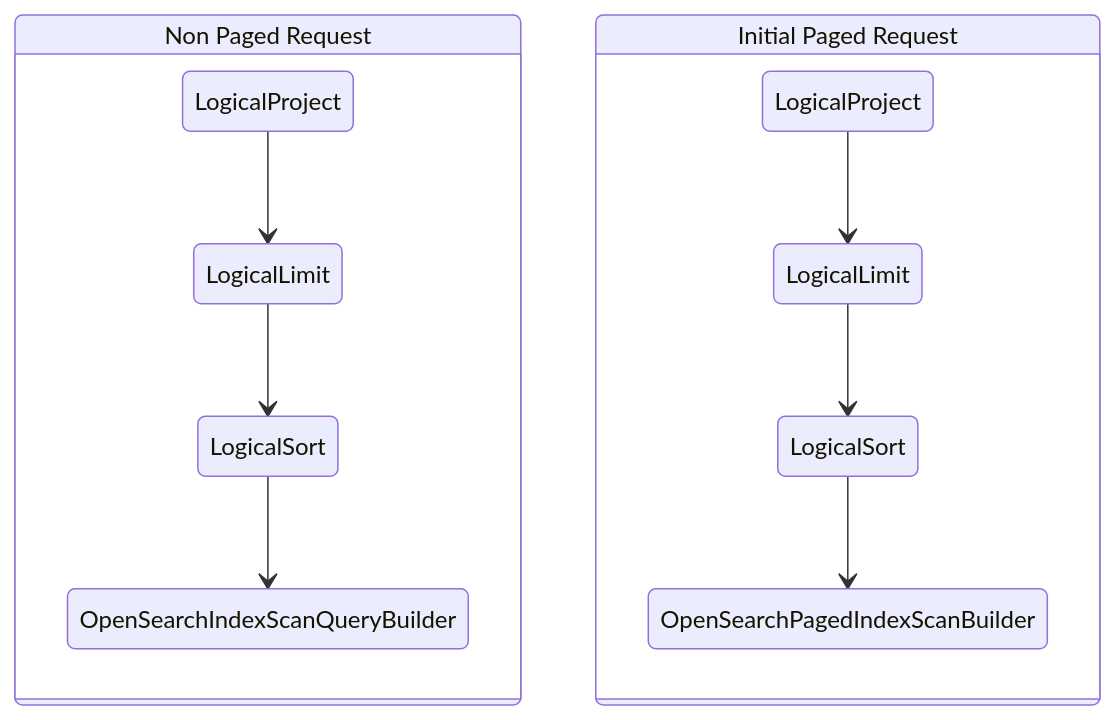
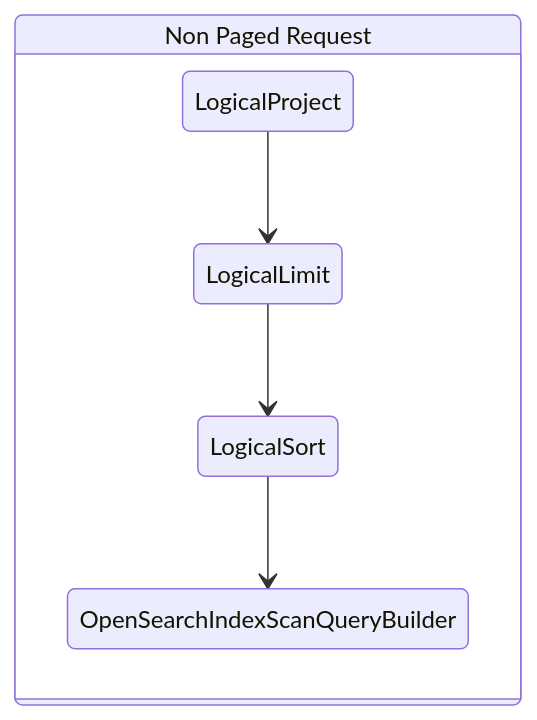
Before and after one commit to opensearch-project/sql: the ninth of 18 diagrams in docs/dev/Pagination-v2.md, drawn with Mermaid. The commit also changed other lines of this file, not shown here.

````diff
--- a/docs/dev/Pagination-v2.md
+++ b/docs/dev/Pagination-v2.md
@@ -373,24 +338,14 @@
 ```mermaid
 stateDiagram-v2
   state "Non Paged Request" as NonPaged {
     state "LogicalProject" as ProjectNP
     state "LogicalLimit" as LimitNP
     state "LogicalSort" as SortNP
     state "OpenSearchIndexScanQueryBuilder" as RelationNP
 
     ProjectNP --> LimitNP
     LimitNP --> SortNP
     SortNP --> RelationNP
   }
 
-  state "Initial Paged Request" as Paged {
-    state "LogicalProject" as ProjectIP
-    state "LogicalLimit" as LimitIP
-    state "LogicalSort" as SortIP
-    state "OpenSearchPagedIndexScanBuilder" as RelationIP
-
-    ProjectIP --> LimitIP
-    LimitIP --> SortIP
-    SortIP --> RelationIP
-  }
 ```
````
